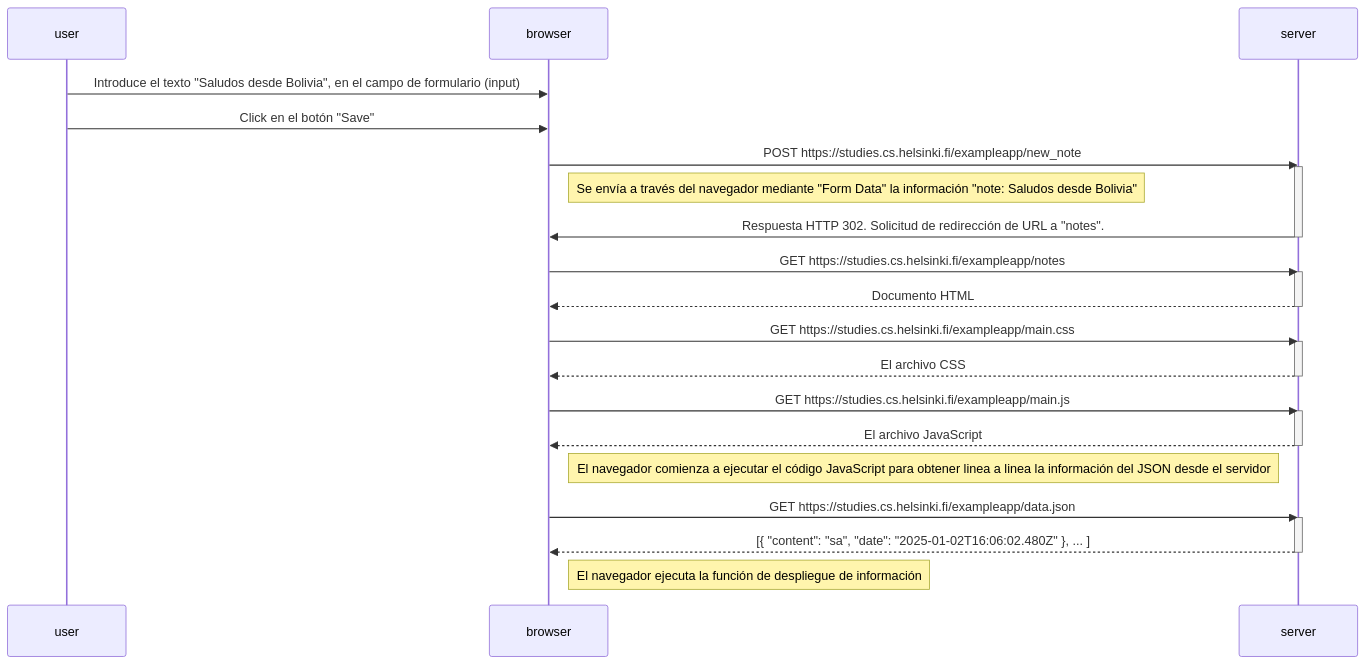
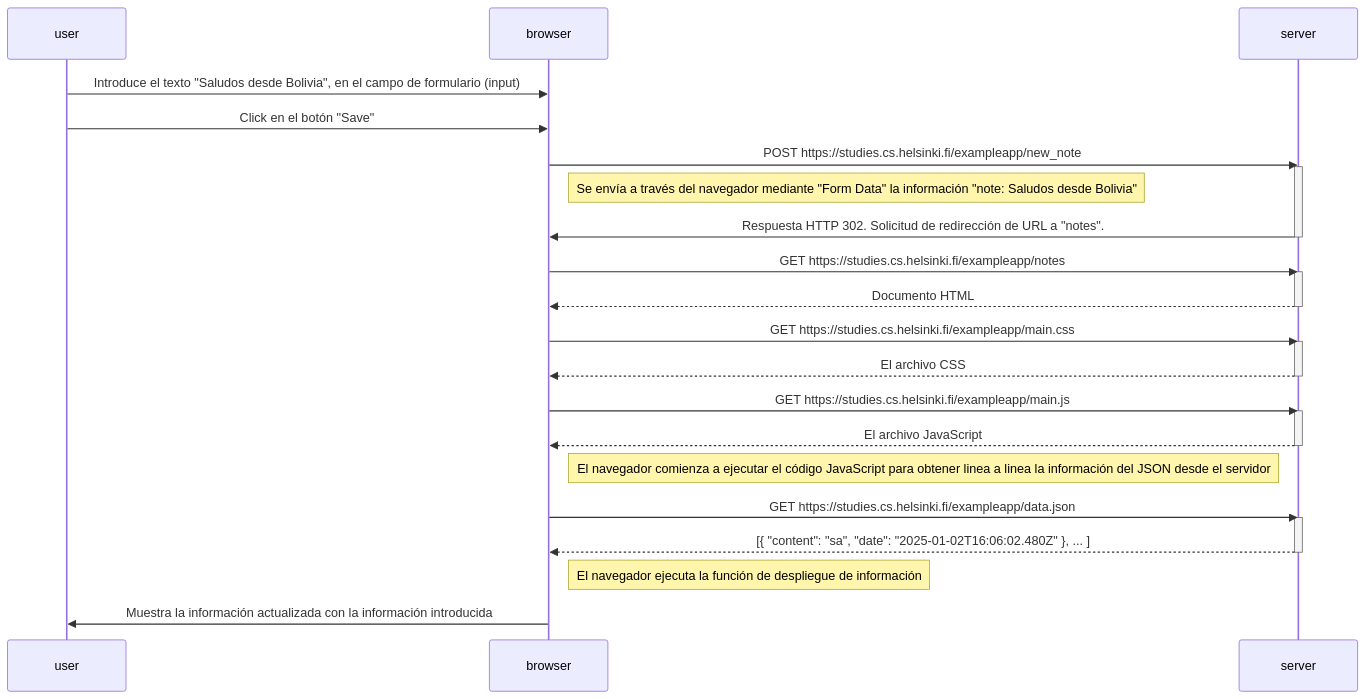
The diagram in Ejercicio 0.4.md (noelandia/fullstackopen_part0), drawn with Mermaid before and after one commit.

Commit message:
Se ha añadido una línea de navegador a usuario

````diff
--- a/Ejercicio 0.4.md
+++ b/Ejercicio 0.4.md
@@ -1,41 +1,43 @@
 ```mermaid
 sequenceDiagram
     participant user
     participant browser
     participant server
 
     user->>browser: Introduce el texto "Saludos desde Bolivia", en el campo de formulario (input)
     user->>browser: Click en el botón "Save"
 
     browser->>server: POST https://studies.cs.helsinki.fi/exampleapp/new_note
     activate server
 
     Note right of browser: Se envía a través del navegador mediante "Form Data" la información "note: Saludos desde Bolivia"
 
     server->>browser: Respuesta HTTP 302. Solicitud de redirección de URL a "notes".
     deactivate server
 
     browser->>server: GET https://studies.cs.helsinki.fi/exampleapp/notes
     activate server
     server-->>browser: Documento HTML
     deactivate server
 
     browser->>server: GET https://studies.cs.helsinki.fi/exampleapp/main.css
     activate server
     server-->>browser: El archivo CSS
     deactivate server
 
     browser->>server: GET https://studies.cs.helsinki.fi/exampleapp/main.js
     activate server
     server-->>browser: El archivo JavaScript
     deactivate server
 
     Note right of browser: El navegador comienza a ejecutar el código JavaScript para obtener linea a linea la información del JSON desde el servidor
 
     browser->>server: GET https://studies.cs.helsinki.fi/exampleapp/data.json
     activate server
     server-->>browser: [{ "content": "sa", "date": "2025-01-02T16:06:02.480Z" }, ... ]
     deactivate server
 
     Note right of browser: El navegador ejecuta la función de despliegue de información
+
+    browser->>user: Muestra la información actualizada con la información introducida
 ```
````
